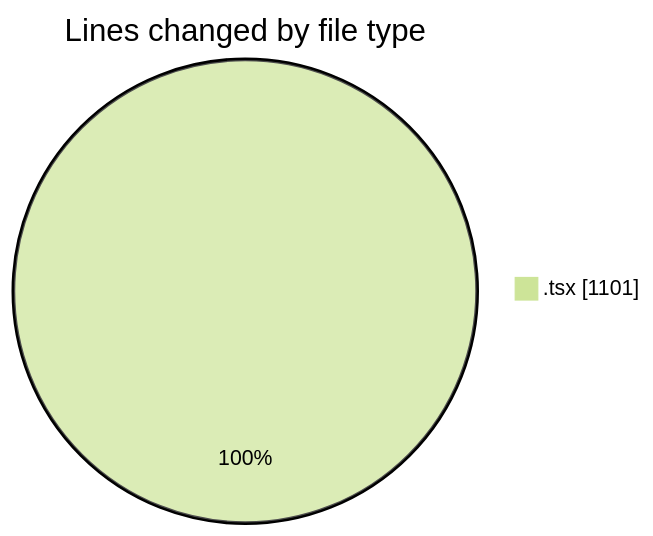
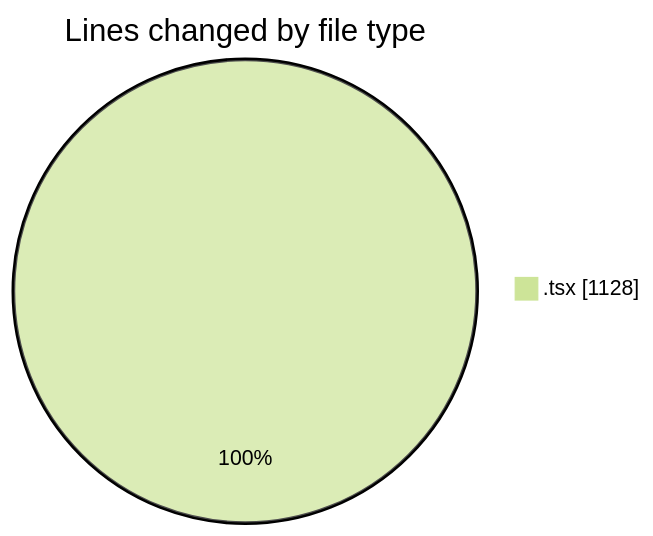
The first of 2 diagrams in 2026-06-12/nxtqube_webapp/README.md (nxtqubesakshisongat/code-tracking), drawn with Mermaid (forest theme) before and after one commit. The commit also changed other lines of this file and 1 other file, not shown here.

````diff
--- a/2026-06-12/nxtqube_webapp/README.md
+++ b/2026-06-12/nxtqube_webapp/README.md
@@ -22,5 +22,5 @@
 ```mermaid
 pie showData
 title Lines changed by file type
-".tsx" : 1101
+".tsx" : 1128
 ```
````
